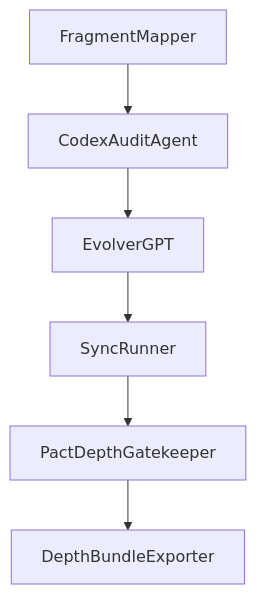
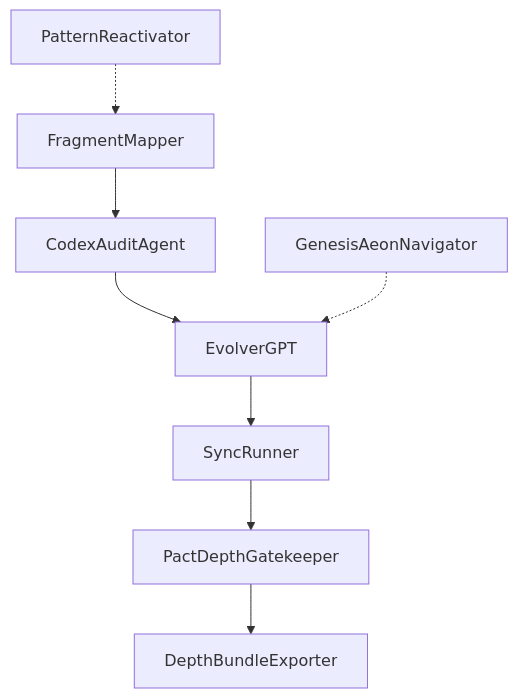
The diagram in docs/diagrams/agents_chain.mmd (GenesisAeon/unified-mandala), drawn with Mermaid before and after one commit. The commit also changed 4 other files, not shown here.

```diff
--- a/docs/diagrams/agents_chain.mmd
+++ b/docs/diagrams/agents_chain.mmd
@@ -1,6 +1,8 @@
 graph TD
   FragmentMapper --> CodexAuditAgent
   CodexAuditAgent --> EvolverGPT
   EvolverGPT --> SyncRunner
   SyncRunner --> PactDepthGatekeeper
   PactDepthGatekeeper --> DepthBundleExporter
+  PatternReactivator -.-> FragmentMapper
+  GenesisAeonNavigator -.-> EvolverGPT
```
